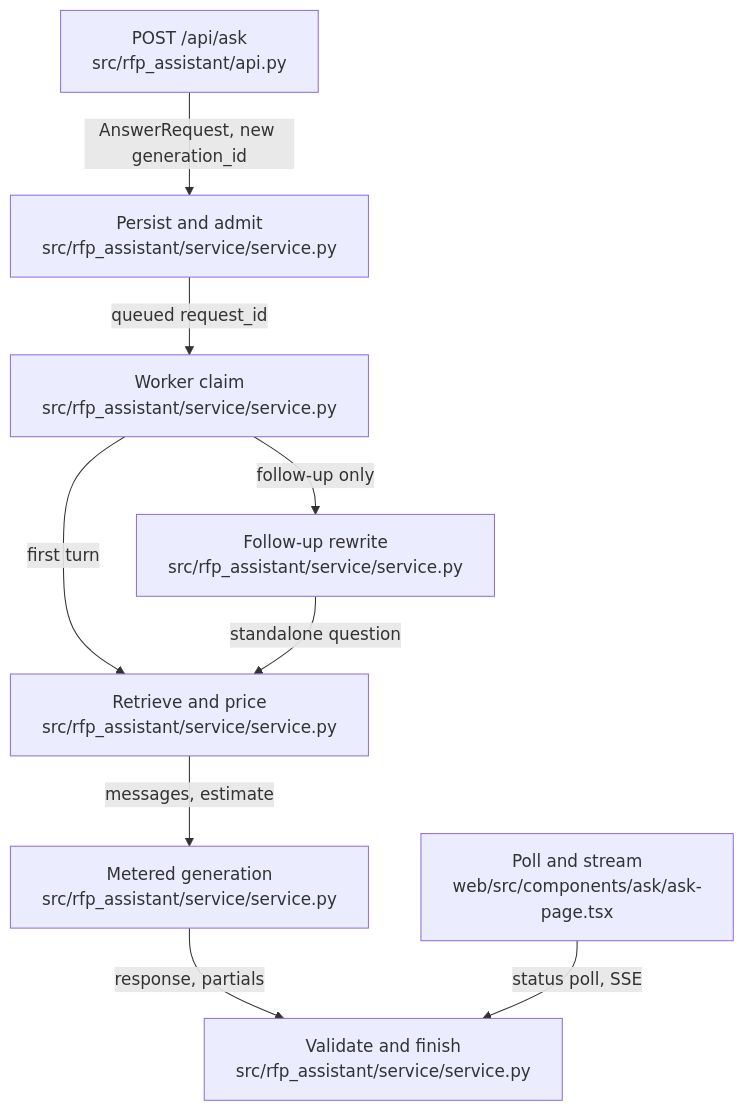
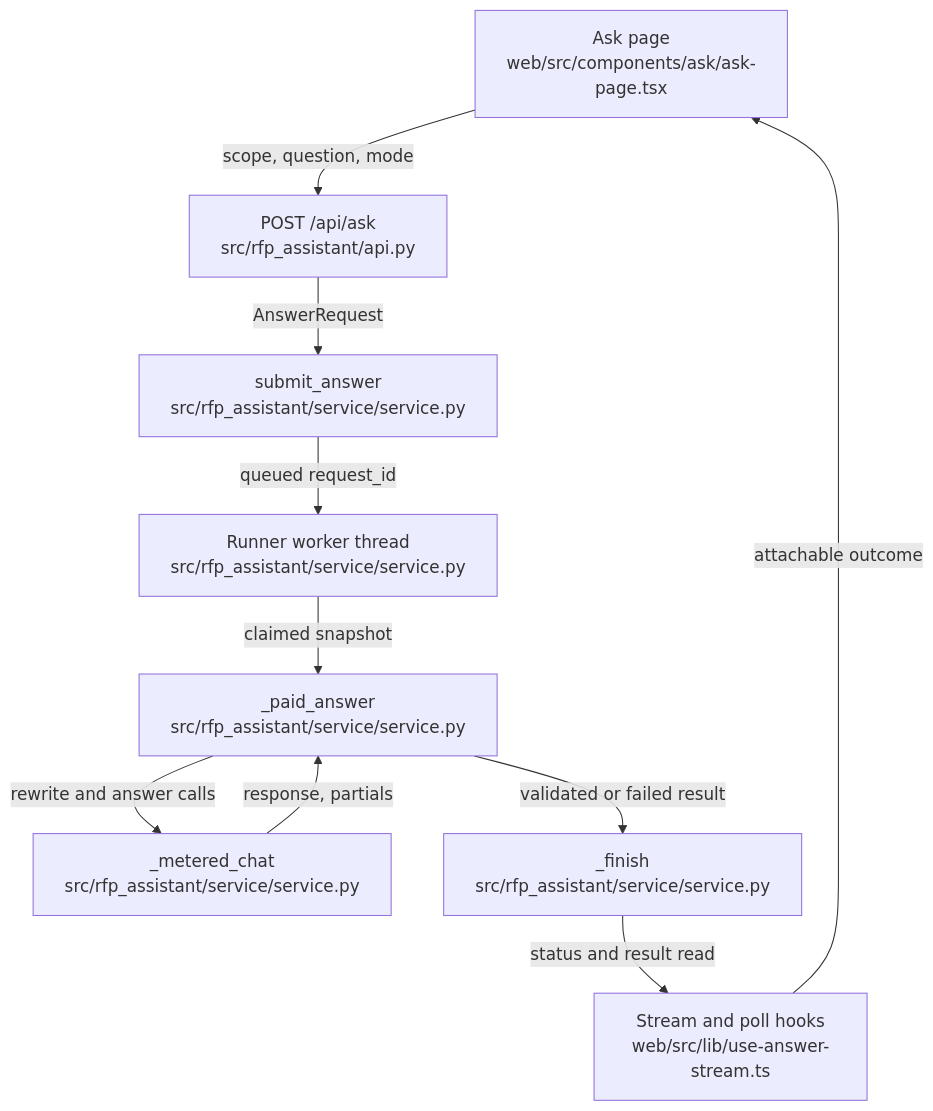
Before and after one commit to littleeeeebit/project-codeit-mid: the diagram in .omm/request-lifecycle/diagram.mmd, drawn with Mermaid. The commit also changed 367 other files, not shown here.

```diff
--- a/.omm/request-lifecycle/diagram.mmd
+++ b/.omm/request-lifecycle/diagram.mmd
@@ -1,17 +1,18 @@
 graph TD
-  ask-post["POST /api/ask\nsrc/rfp_assistant/api.py"]
-  persist-admit["Persist and admit\nsrc/rfp_assistant/service/service.py"]
-  worker-claim["Worker claim\nsrc/rfp_assistant/service/service.py"]
-  rewrite["Follow-up rewrite\nsrc/rfp_assistant/service/service.py"]
-  retrieve-price["Retrieve and price\nsrc/rfp_assistant/service/service.py"]
-  metered-generation["Metered generation\nsrc/rfp_assistant/service/service.py"]
-  validate-finish["Validate and finish\nsrc/rfp_assistant/service/service.py"]
-  screen-poll["Poll and stream\nweb/src/components/ask/ask-page.tsx"]
-  ask-post -->|"AnswerRequest, new generation_id"| persist-admit
-  persist-admit -->|"queued request_id"| worker-claim
-  worker-claim -->|"follow-up only"| rewrite
-  worker-claim -->|"first turn"| retrieve-price
-  rewrite -->|"standalone question"| retrieve-price
-  retrieve-price -->|"messages, estimate"| metered-generation
-  metered-generation -->|"response, partials"| validate-finish
-  screen-poll -->|"status poll, SSE"| validate-finish
+  ask-page["Ask page\nweb/src/components/ask/ask-page.tsx"]
+  ask-route["POST /api/ask\nsrc/rfp_assistant/api.py"]
+  submit["submit_answer\nsrc/rfp_assistant/service/service.py"]
+  worker["Runner worker thread\nsrc/rfp_assistant/service/service.py"]
+  paid-answer["_paid_answer\nsrc/rfp_assistant/service/service.py"]
+  metered-chat["_metered_chat\nsrc/rfp_assistant/service/service.py"]
+  finish["_finish\nsrc/rfp_assistant/service/service.py"]
+  answer-stream["Stream and poll hooks\nweb/src/lib/use-answer-stream.ts"]
+  ask-page -->|scope, question, mode| ask-route
+  ask-route -->|AnswerRequest| submit
+  submit -->|queued request_id| worker
+  worker -->|claimed snapshot| paid-answer
+  paid-answer -->|rewrite and answer calls| metered-chat
+  metered-chat -->|response, partials| paid-answer
+  paid-answer -->|validated or failed result| finish
+  finish -->|status and result read| answer-stream
+  answer-stream -->|attachable outcome| ask-page
```
